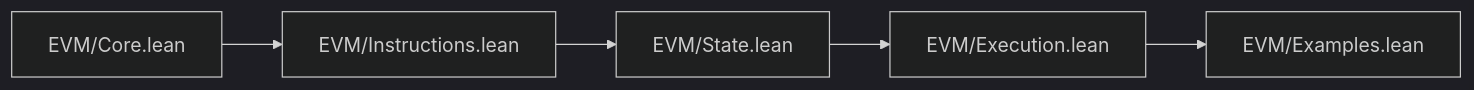
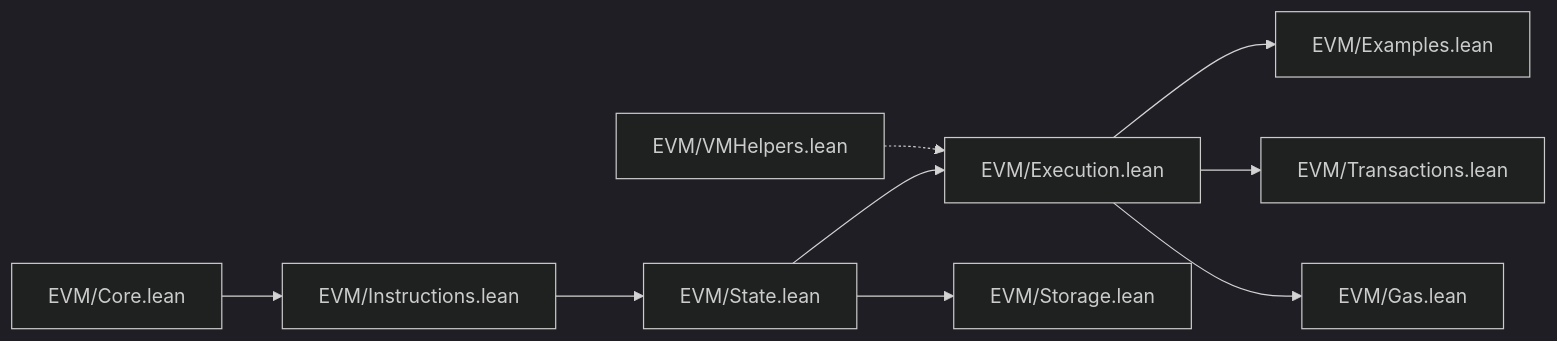
One commit to deepakraous/evm-lean4 changed the seventh of 8 diagrams in LEARNING_PATH.md. Above: the diagram before and after it, drawn with Mermaid (dark theme). The commit also changed other lines of this file and 4 other files, not shown here.

Commit message:
Scaffold EVM modules (Gas, Transactions, Storage, VMHelpers) and update learning path

````diff
--- a/LEARNING_PATH.md
+++ b/LEARNING_PATH.md
@@ -263,7 +275,11 @@
 ```mermaid
 flowchart LR
   Core["EVM/Core.lean"] --> Ins["EVM/Instructions.lean"]
   Ins --> State["EVM/State.lean"]
   State --> Exec["EVM/Execution.lean"]
   Exec --> Examples["EVM/Examples.lean"]
+  Exec --> Tx["EVM/Transactions.lean"]
+  Exec --> Gas["EVM/Gas.lean"]
+  State --> Storage["EVM/Storage.lean"]
+  Helpers["EVM/VMHelpers.lean"] -.-> Exec
 ```
````
